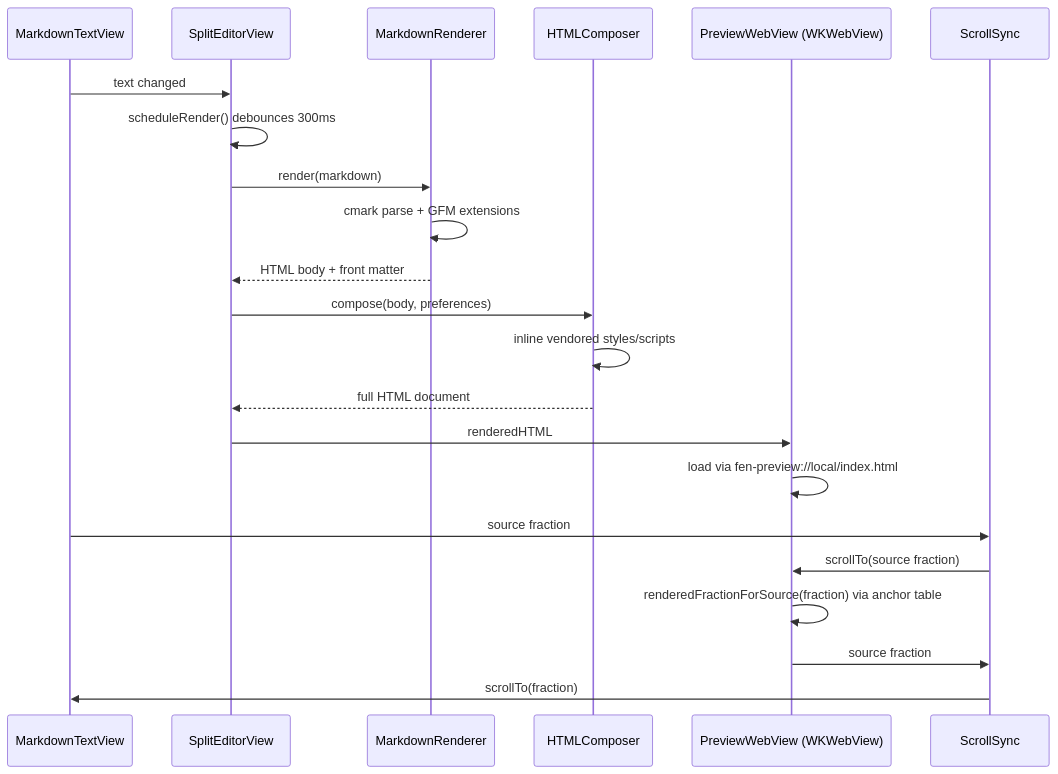
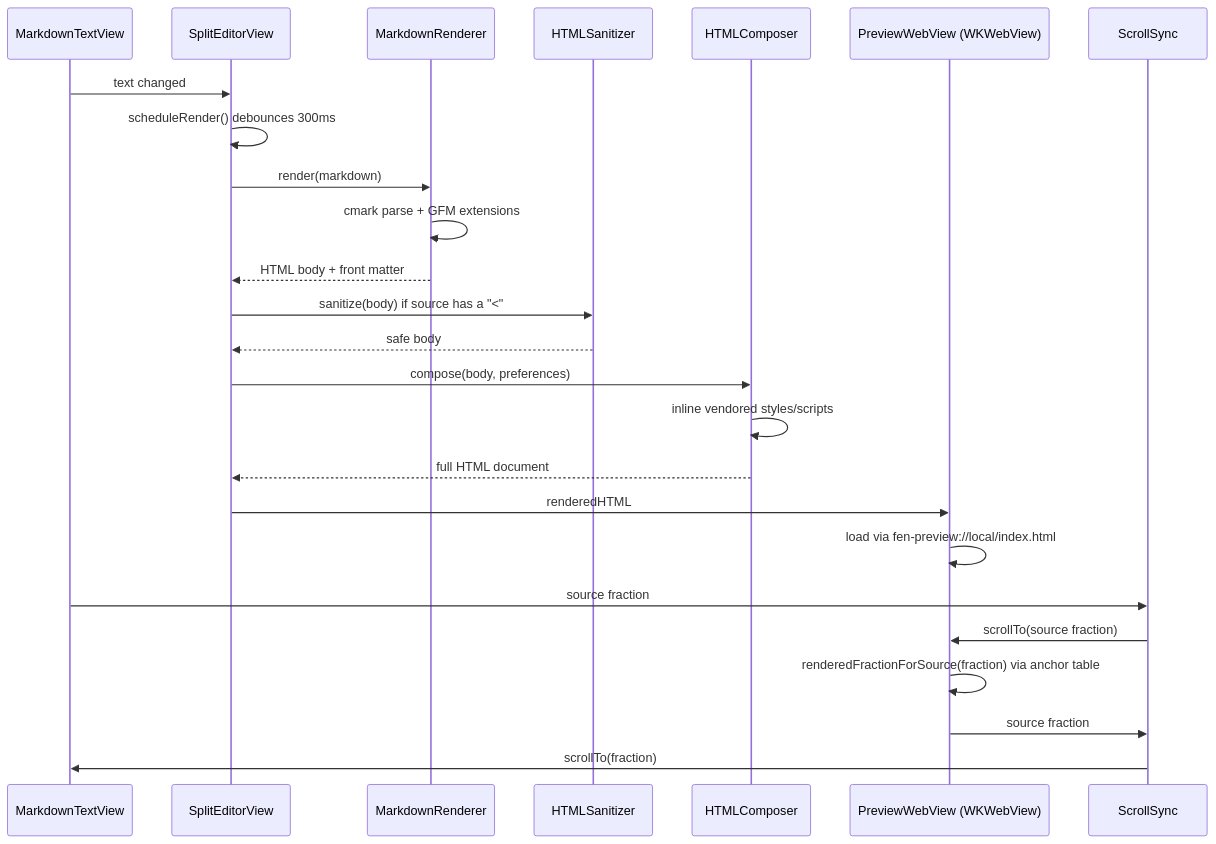
The second of 8 diagrams in docs/ARCHITECTURE.md (zoharbabin/fen), drawn with Mermaid before and after one commit. The commit also changed other lines of this file and 28 other files, not shown here.

````diff
--- a/docs/ARCHITECTURE.md
+++ b/docs/ARCHITECTURE.md
@@ -27,25 +46,28 @@
 ```mermaid
 sequenceDiagram
     participant Editor as MarkdownTextView
     participant Split as SplitEditorView
     participant Renderer as MarkdownRenderer
+    participant Sanitizer as HTMLSanitizer
     participant Composer as HTMLComposer
     participant Preview as PreviewWebView (WKWebView)
     participant Scroll as ScrollSync
 
     Editor->>Split: text changed
     Split->>Split: scheduleRender() debounces 300ms
     Split->>Renderer: render(markdown)
     Renderer->>Renderer: cmark parse + GFM extensions
     Renderer-->>Split: HTML body + front matter
+    Split->>Sanitizer: sanitize(body) if source has a "<"
+    Sanitizer-->>Split: safe body
     Split->>Composer: compose(body, preferences)
     Composer->>Composer: inline vendored styles/scripts
     Composer-->>Split: full HTML document
     Split->>Preview: renderedHTML
     Preview->>Preview: load via fen-preview://local/index.html
     Editor->>Scroll: source fraction
     Scroll->>Preview: scrollTo(source fraction)
     Preview->>Preview: renderedFractionForSource(fraction) via anchor table
     Preview->>Scroll: source fraction
     Scroll->>Editor: scrollTo(fraction)
 ```
````
